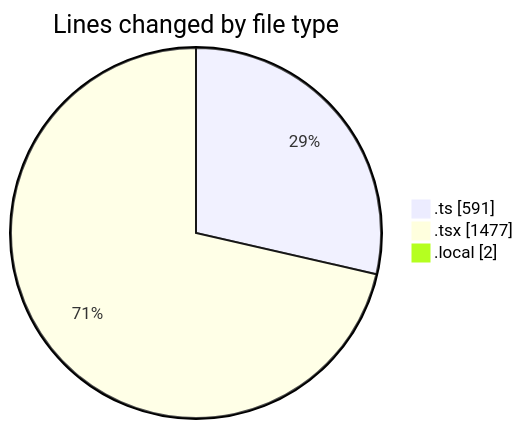
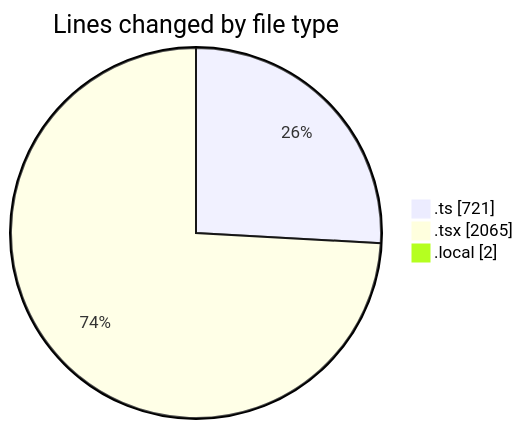
The first of 2 diagrams in 2025-10-28/eventscop-frontend-guide__workspace_/README.md (julien-gomy/code-tracking), drawn with Mermaid before and after one commit. The commit also changed other lines of this file and 1 other file, not shown here.

````diff
--- a/2025-10-28/eventscop-frontend-guide__workspace_/README.md
+++ b/2025-10-28/eventscop-frontend-guide__workspace_/README.md
@@ -35,7 +38,7 @@
 ```mermaid
 pie showData
 title Lines changed by file type
-".ts" : 591
-".tsx" : 1477
+".ts" : 721
+".tsx" : 2065
 ".local" : 2
 ```
````
